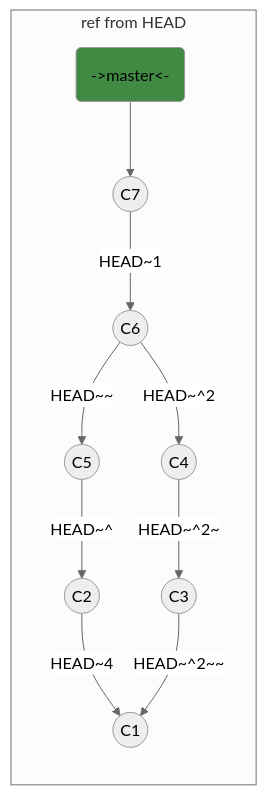
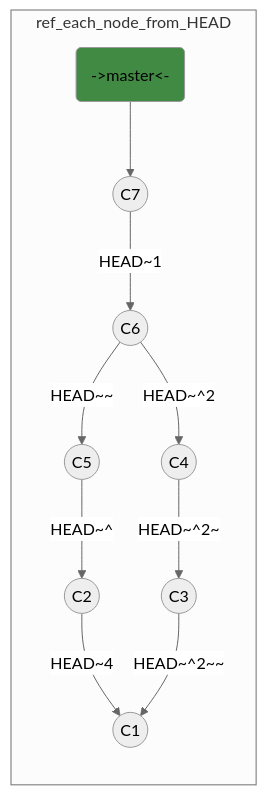
The second of 5 diagrams in Git.md (nvmnghia/Git.md), drawn with Mermaid (neutral theme) before and after one commit. The commit also changed other lines of this file, not shown here.

````diff
--- a/Git.md
+++ b/Git.md
@@ -175,18 +178,18 @@
         ```mermaid
         graph BT
             classDef master fill:#418a44;
 
-            subgraph ref from HEAD
+            subgraph ref_each_node_from_HEAD
                 C1((C1));
                 C2((C2)) -- "HEAD~4" --> C1;
                 C3((C3)) -- "HEAD~^2~~" --> C1;
                 C4((C4)) -- "HEAD~^2~" --> C3;
                 C5((C5)) -- "HEAD~^" --> C2;
                 C6((C6)) -- "HEAD~^2" --> C4;
                 C6 -- "HEAD~~" --> C5;
                 C7((C7)) -- "HEAD~1" --> C6;
                 m("->master<-") --> C7;
 
                 class m master;
             end
         ```
````
